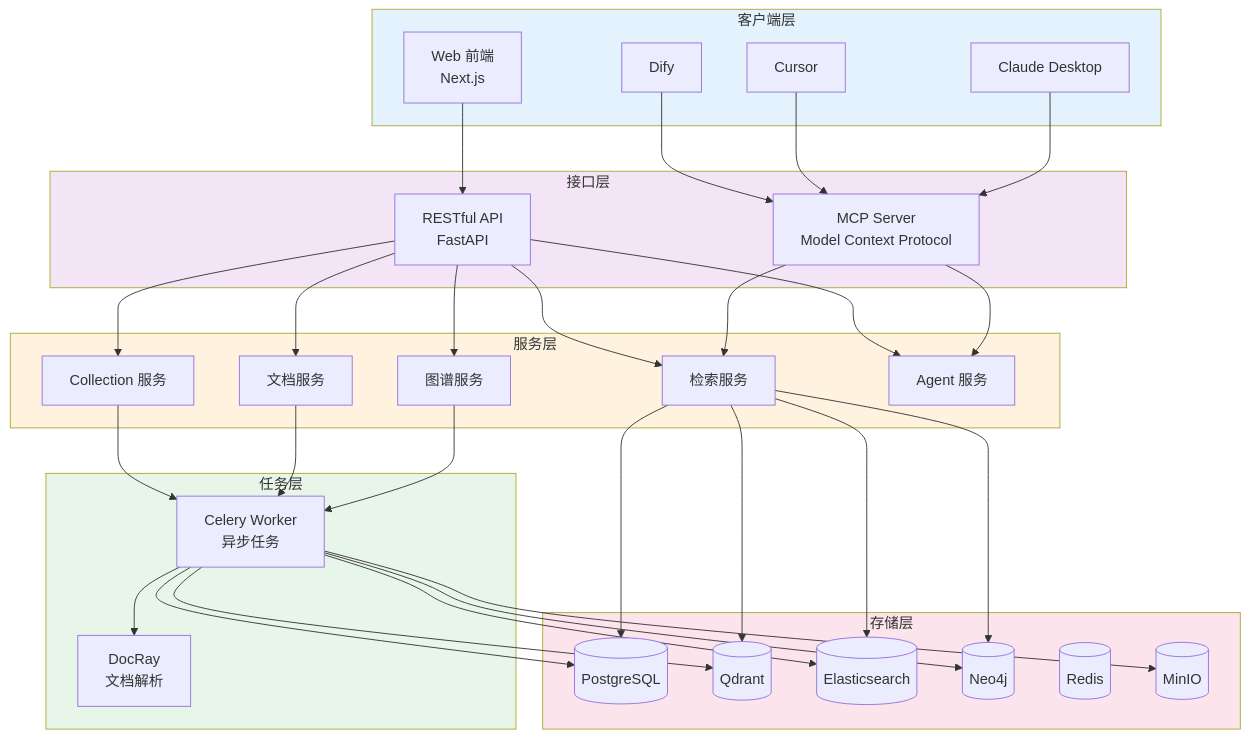
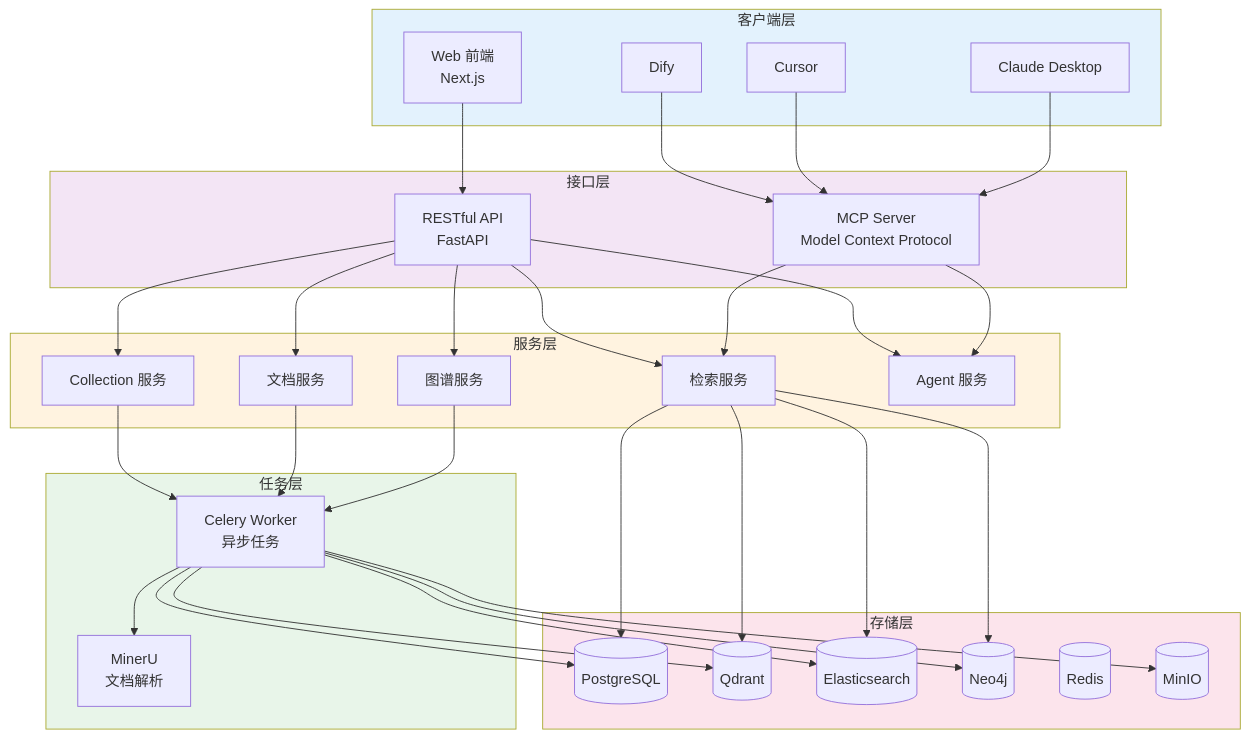
The second of 13 diagrams in web/docs/zh-CN/design/architecture.md (apecloud/ApeRAG), drawn with Mermaid before and after one commit. The commit also changed other lines of this file and 38 other files, not shown here.

````diff
--- a/web/docs/zh-CN/design/architecture.md
+++ b/web/docs/zh-CN/design/architecture.md
@@ -74,72 +74,72 @@
 ```mermaid
 graph TB
     subgraph Layer1[客户端层]
         Web[Web 前端<br/>Next.js]
         Dify[Dify]
         Cursor[Cursor]
         Claude[Claude Desktop]
     end
     
     subgraph Layer2[接口层]
         API[RESTful API<br/>FastAPI]
         MCP[MCP Server<br/>Model Context Protocol]
     end
     
     subgraph Layer3[服务层]
         CollSvc[Collection 服务]
         DocSvc[文档服务]
         SearchSvc[检索服务]
         GraphSvc[图谱服务]
         AgentSvc[Agent 服务]
     end
     
     subgraph Layer4[任务层]
         Celery[Celery Worker<br/>异步任务]
-        DocRay[DocRay<br/>文档解析]
+        MinerU[MinerU<br/>文档解析]
     end
     
     subgraph Layer5[存储层]
         PG[(PostgreSQL)]
         Qdrant[(Qdrant)]
         ES[(Elasticsearch)]
         Neo4j[(Neo4j)]
         Redis[(Redis)]
         MinIO[(MinIO)]
     end
     
     Web --> API
     Dify --> MCP
     Cursor --> MCP
     Claude --> MCP
     
     API --> CollSvc
     API --> DocSvc
     API --> SearchSvc
     API --> GraphSvc
     API --> AgentSvc
     
     MCP --> SearchSvc
     MCP --> AgentSvc
     
     CollSvc --> Celery
     DocSvc --> Celery
     GraphSvc --> Celery
     
-    Celery --> DocRay
+    Celery --> MinerU
     Celery --> PG
     Celery --> Qdrant
     Celery --> ES
     Celery --> Neo4j
     Celery --> MinIO
     
     SearchSvc --> PG
     SearchSvc --> Qdrant
     SearchSvc --> ES
     SearchSvc --> Neo4j
     
     style Layer1 fill:#e3f2fd
     style Layer2 fill:#f3e5f5
     style Layer3 fill:#fff3e0
     style Layer4 fill:#e8f5e9
     style Layer5 fill:#fce4ec
 ```
````
